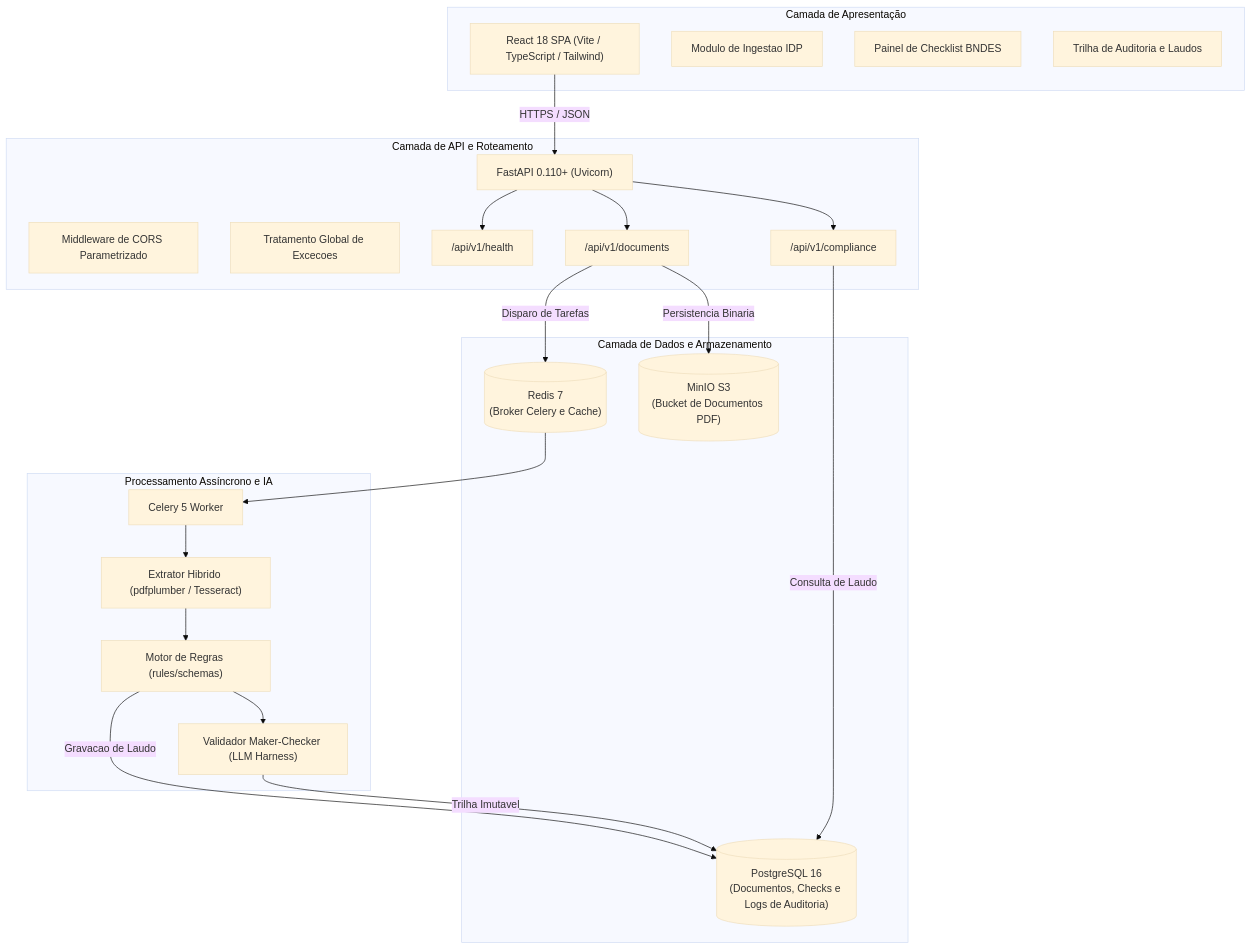
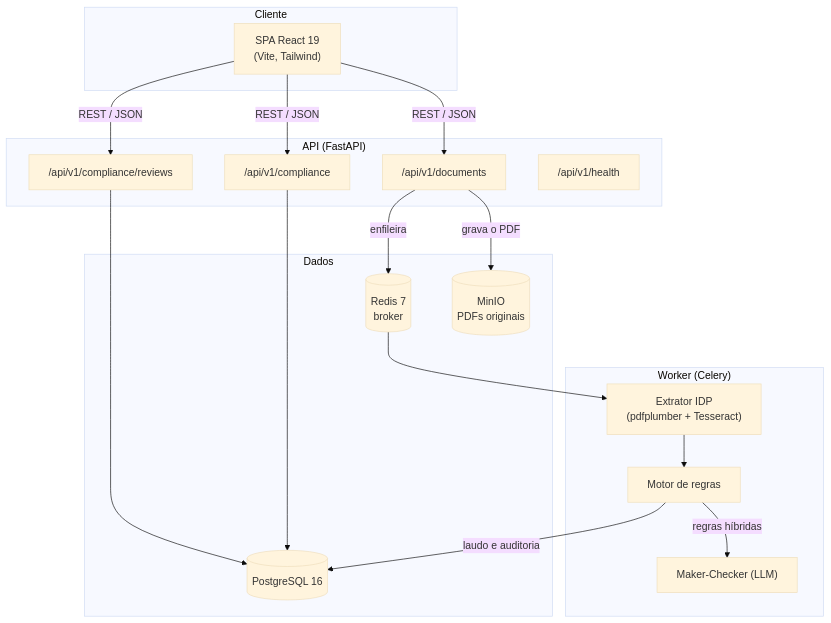
Before and after one commit to conformia-bndes/conformia-platform: the diagram in docs/architecture/overview.md, drawn with Mermaid (base theme). The commit also changed other lines of this file and 27 other files, not shown here.

````diff
--- a/docs/architecture/overview.md
+++ b/docs/architecture/overview.md
@@ -9,41 +11,33 @@
 ```mermaid
 flowchart TD
-    subgraph Frontend["Camada de Apresentação"]
-        SPA["React 18 SPA (Vite / TypeScript / Tailwind)"]
-        UI_Upload["Modulo de Ingestao IDP"]
-        UI_Checklist["Painel de Checklist BNDES"]
-        UI_Audit["Trilha de Auditoria e Laudos"]
+    subgraph Cliente["Cliente"]
+        SPA["SPA React 19<br/>(Vite, Tailwind)"]
     end
 
-    subgraph API_Gateway["Camada de API e Roteamento"]
-        FastAPI["FastAPI 0.110+ (Uvicorn)"]
-        CORS["Middleware de CORS Parametrizado"]
-        ExceptionH["Tratamento Global de Excecoes"]
-        Route_Health["/api/v1/health"]
-        Route_Docs["/api/v1/documents"]
-        Route_Comp["/api/v1/compliance"]
+    subgraph API["API (FastAPI)"]
+        Docs["/api/v1/documents"]
+        Comp["/api/v1/compliance"]
+        Rev["/api/v1/compliance/reviews"]
+        Health["/api/v1/health"]
     end
 
-    subgraph Worker_Tier["Processamento Assíncrono e IA"]
-        CeleryWorker["Celery 5 Worker"]
-        IDPExtractor["Extrator Hibrido (pdfplumber / Tesseract)"]
-        RulesEngine["Motor de Regras (rules/schemas)"]
-        MakerChecker["Validador Maker-Checker (LLM Harness)"]
+    subgraph Worker["Worker (Celery)"]
+        Extractor["Extrator IDP<br/>(pdfplumber + Tesseract)"]
+        Rules["Motor de regras"]
+        MC["Maker-Checker (LLM)"]
     end
 
-    subgraph Persistence_Tier["Camada de Dados e Armazenamento"]
-        Postgres[("PostgreSQL 16\n(Documentos, Checks e Logs de Auditoria)")]
-        Redis[("Redis 7\n(Broker Celery e Cache)")]
-        MinIO[("MinIO S3\n(Bucket de Documentos PDF)")]
+    subgraph Dados["Dados"]
+        PG[("PostgreSQL 16")]
+        Redis[("Redis 7<br/>broker")]
+        MinIO[("MinIO<br/>PDFs originais")]
     end
 
-    SPA -->|HTTPS / JSON| FastAPI
-    FastAPI --> Route_Health & Route_Docs & Route_Comp
-    Route_Docs -->|Persistencia Binaria| MinIO
-    Route_Docs -->|Disparo de Tarefas| Redis
-    Redis --> CeleryWorker
-    CeleryWorker --> IDPExtractor --> RulesEngine --> MakerChecker
-    RulesEngine -->|Gravacao de Laudo| Postgres
-    MakerChecker -->|Trilha Imutavel| Postgres
-    Route_Comp -->|Consulta de Laudo| Postgres
+    SPA -->|REST / JSON| Docs & Comp & Rev
+    Docs -->|grava o PDF| MinIO
+    Docs -->|enfileira| Redis
+    Redis --> Extractor --> Rules
+    Rules -->|regras híbridas| MC
+    Rules -->|laudo e auditoria| PG
+    Comp & Rev --> PG
 ```
````
